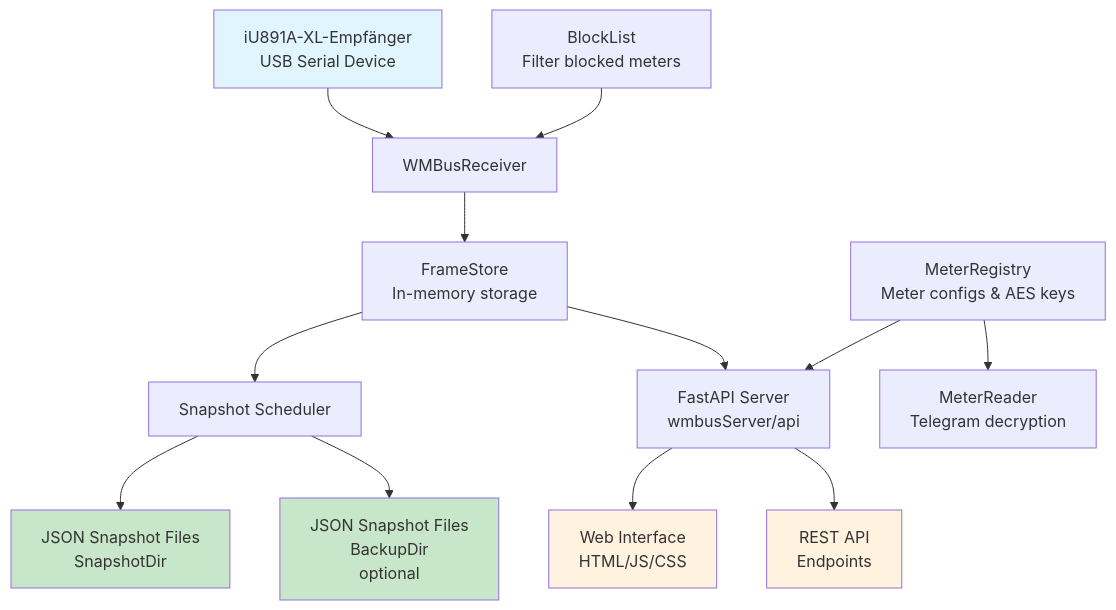
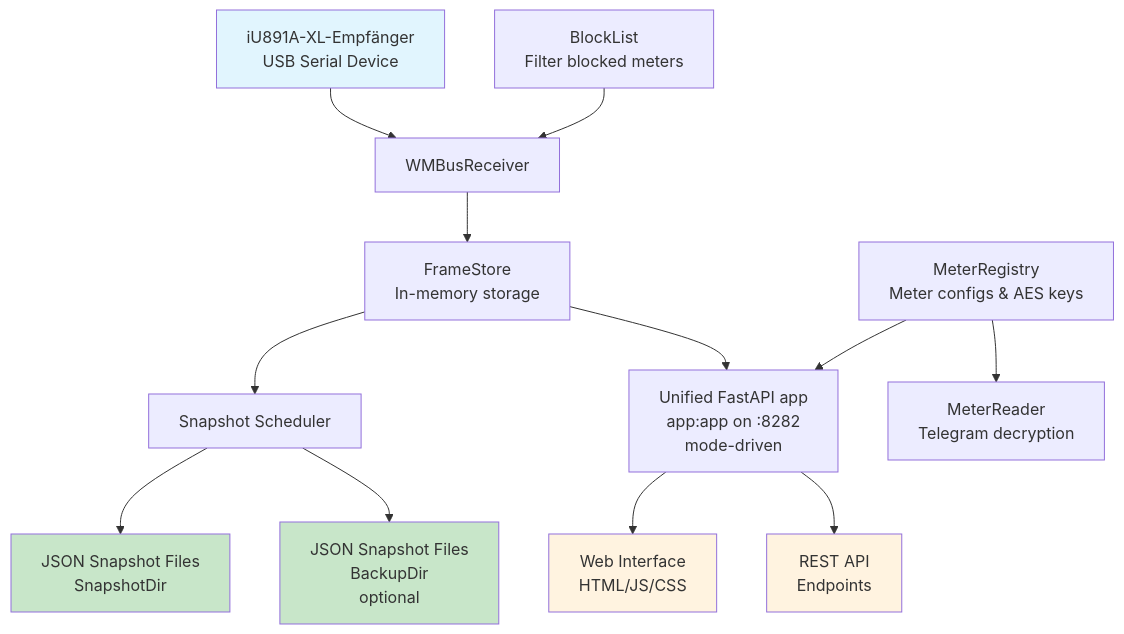
Before and after one commit to steff393/selbst-ableser: the diagram in docs/dataflow.md, drawn with Mermaid. The commit also changed 14 other files, not shown here.

````diff
--- a/docs/dataflow.md
+++ b/docs/dataflow.md
@@ -1,22 +1,22 @@
 ```mermaid
 graph TD
     A[iU891A-XL-Empfänger<br/>USB Serial Device] --> B[WMBusReceiver]
     C[BlockList<br/>Filter blocked meters] --> B
     B --> D[FrameStore<br/>In-memory storage]
     D --> E[Snapshot Scheduler]
     E --> F[JSON Snapshot Files<br/>SnapshotDir<br/>]
     E --> G[JSON Snapshot Files<br/>BackupDir<br/>optional]
     
-    D --> H[FastAPI Server<br/>wmbusServer/api]
+    D --> H[Unified FastAPI app<br/>app:app on :8282<br/>mode-driven]
     H --> I[Web Interface<br/>HTML/JS/CSS]
     H --> J[REST API<br/>Endpoints]
     
     K[MeterRegistry<br/>Meter configs & AES keys] --> H
     K --> L[MeterReader<br/>Telegram decryption]
     
     style A fill:#e1f5fe
     style F fill:#c8e6c9
     style G fill:#c8e6c9
     style I fill:#fff3e0
     style J fill:#fff3e0
 ```
````
